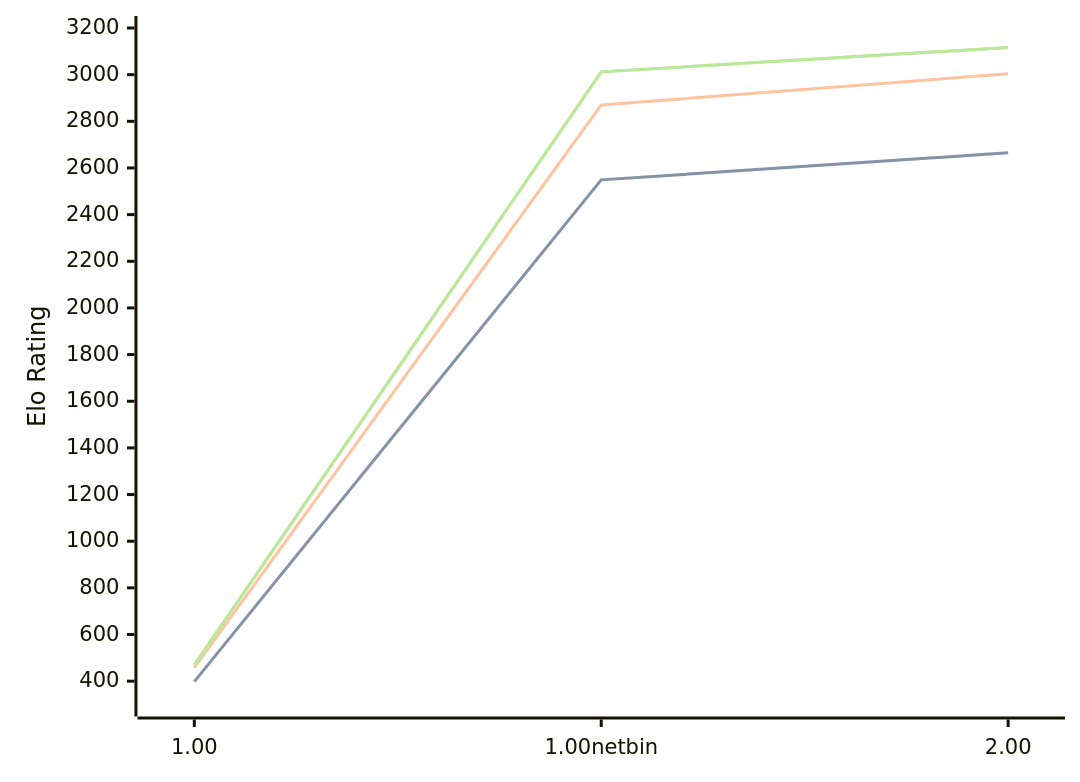
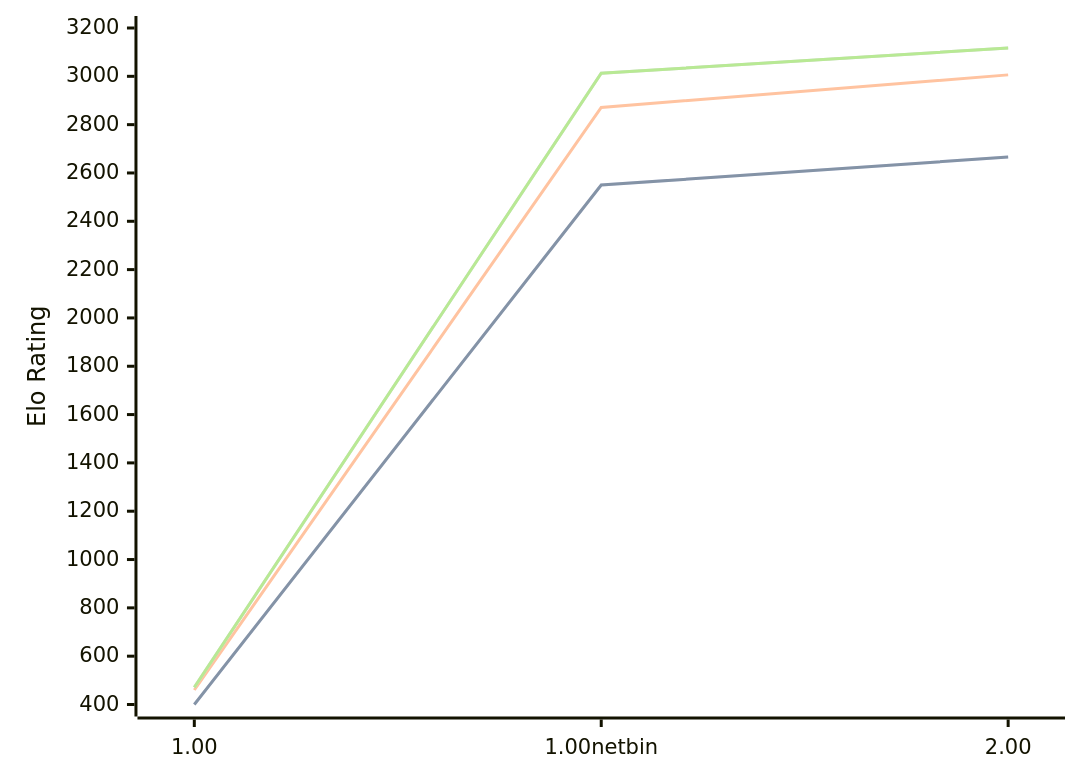
The diagram in engines/Gilipol.md (computer-chess-index/cci), drawn with Mermaid before and after one commit. The commit also changed other lines of this file, not shown here.

Commit message:
Update CCI Ratings (ELO VLTC) - 2026-10-09

````diff
--- a/engines/Gilipol.md
+++ b/engines/Gilipol.md
@@ -33,11 +33,11 @@
 ```mermaid
 %%{init: {"theme":"base","themeVariables":{"seriesColors:['#a3a3a3','#222221','#faa371']}}}%%
 xychart-beta
   x-axis ["1.00", "1.00netbin", "2.00"]
-  y-axis "Elo Rating" 300 --> 3200
-  line "" [398, 2549, 2665]
-  line "STC (8.0+0.08s)" [398, 2549, 2665]
-  line "LTC (60.0+0.60s)" [458, 2870, 3004]
-  line "" [470, 3012, 3116]
-  line "VLTC (2m24s+1.12s)" [470, 3012, 3116]
+  y-axis "Elo Rating" 400 --> 3200
+  line "" [400, 2550, 2666]
+  line "STC (8.0+0.08s)" [400, 2550, 2666]
+  line "LTC (60.0+0.60s)" [460, 2871, 3006]
+  line "" [471, 3013, 3117]
+  line "VLTC (2m24s+1.12s)" [471, 3013, 3117]
 ```
````
